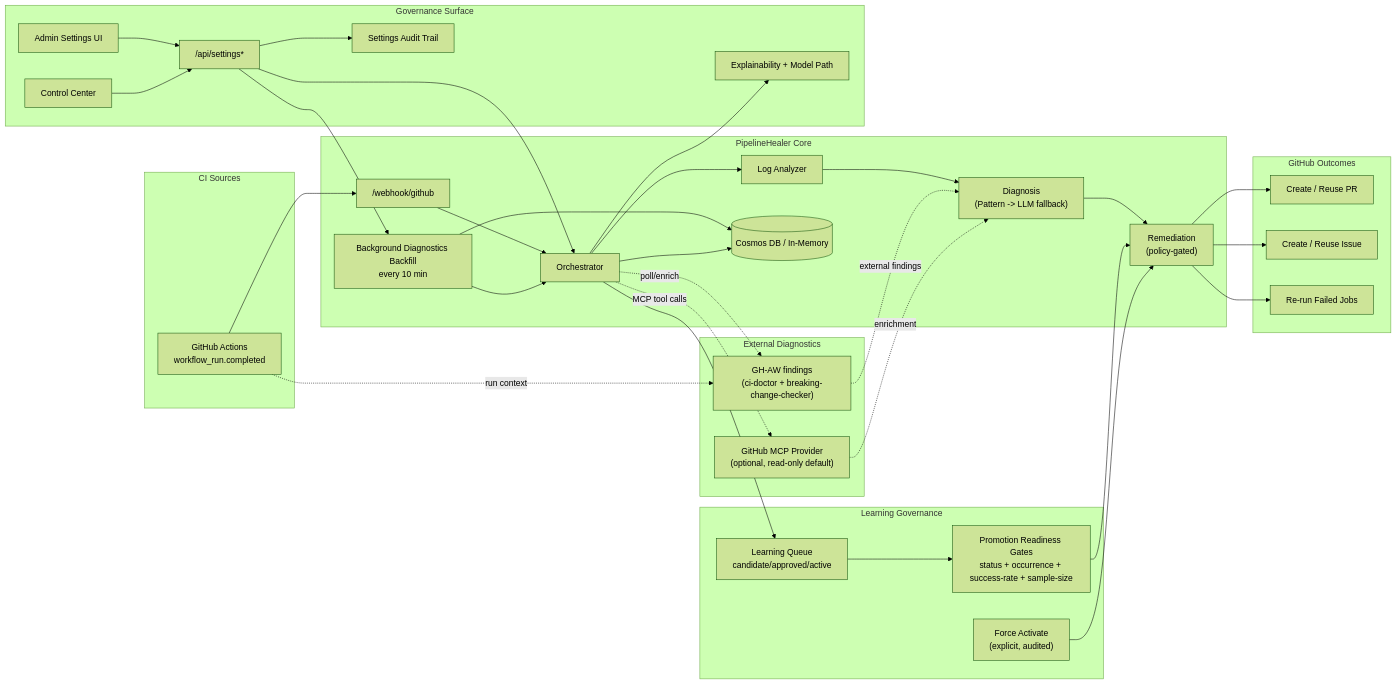
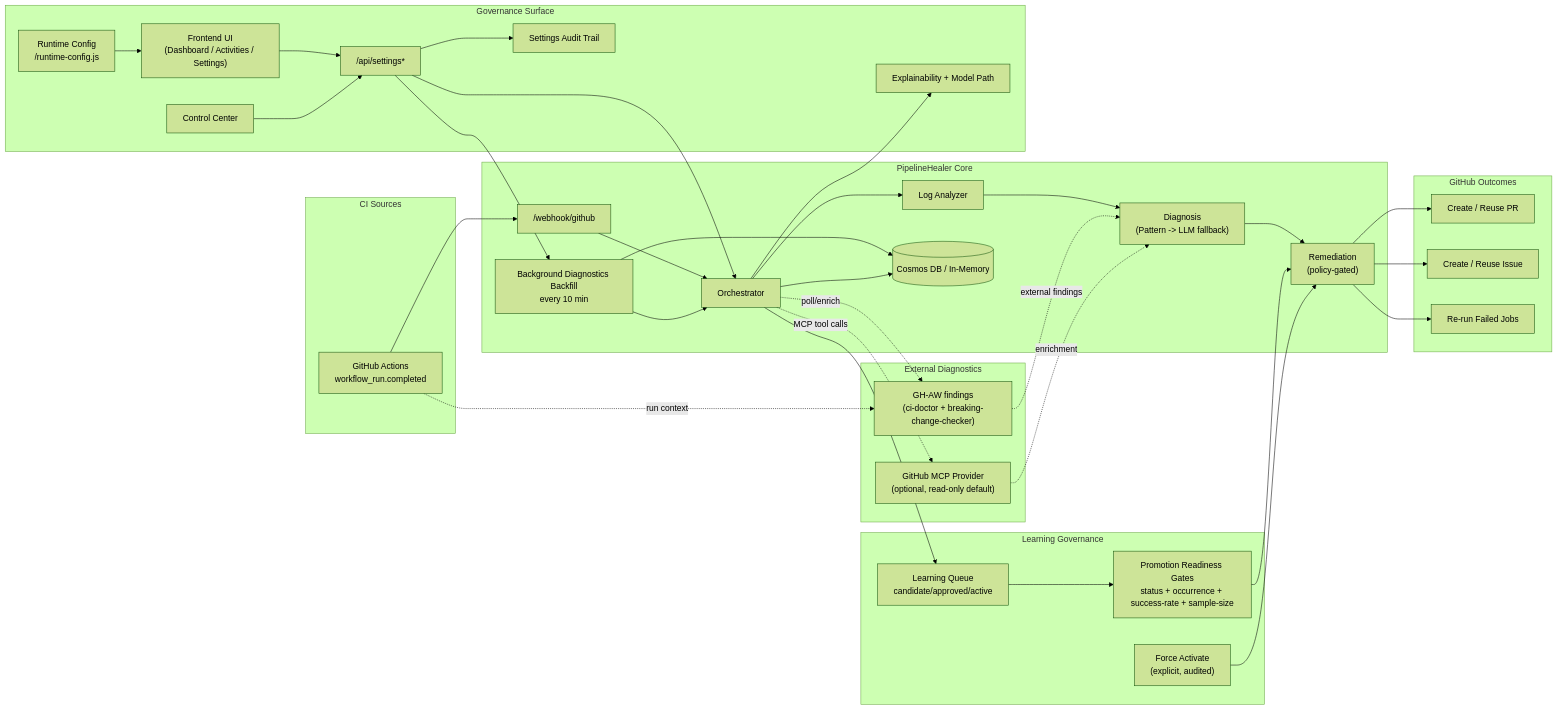
The diagram in README.md (Canepro/pipelinehealer), drawn with Mermaid (forest theme) before and after one commit. The commit also changed other lines of this file and 2 other files, not shown here.

Commit message:
docs(demo): tighten 2-minute script and sync architecture/runtime notes

````diff
--- a/README.md
+++ b/README.md
@@ -66,66 +66,68 @@
 ```mermaid
 flowchart LR
   subgraph CI["CI Sources"]
     GH["GitHub Actions<br/>workflow_run.completed"]
   end
 
   subgraph PH["PipelineHealer Core"]
     WH["/webhook/github"]
     OR["Orchestrator"]
     LA["Log Analyzer"]
     DG["Diagnosis<br/>(Pattern -> LLM fallback)"]
     RM["Remediation<br/>(policy-gated)"]
     BF["Background Diagnostics Backfill<br/>every 10 min"]
     ST[("Cosmos DB / In-Memory")]
   end
 
   subgraph EXT["External Diagnostics"]
     AW["GH-AW findings<br/>(ci-doctor + breaking-change-checker)"]
     MCP["GitHub MCP Provider<br/>(optional, read-only default)"]
   end
 
   subgraph LEARN["Learning Governance"]
     LQ["Learning Queue<br/>candidate/approved/active"]
     LG["Promotion Readiness Gates<br/>status + occurrence + success-rate + sample-size"]
     FP["Force Activate<br/>(explicit, audited)"]
   end
 
   subgraph GOV["Governance Surface"]
-    UI["Admin Settings UI"]
+    UI["Frontend UI<br/>(Dashboard / Activities / Settings)"]
+    RTC["Runtime Config<br/>/runtime-config.js"]
     CC["Control Center"]
     API["/api/settings*"]
     AUD["Settings Audit Trail"]
     EXP["Explainability + Model Path"]
   end
 
   subgraph OUT["GitHub Outcomes"]
     PR["Create / Reuse PR"]
     IS["Create / Reuse Issue"]
     RR["Re-run Failed Jobs"]
   end
 
   GH --> WH --> OR
   OR --> LA --> DG --> RM
   RM --> PR
   RM --> IS
   RM --> RR
 
   GH -. run context .-> AW
   AW -. external findings .-> DG
   BF --> OR
   BF --> ST
   OR -. poll/enrich .-> AW
   OR -. MCP tool calls .-> MCP
   MCP -. enrichment .-> DG
 
+  RTC --> UI
   UI --> API --> OR
   CC --> API
   API --> BF
   OR --> LQ
   LQ --> LG
   LG --> RM
   FP --> RM
   API --> AUD
   OR --> EXP
   OR --> ST
 ```
````
